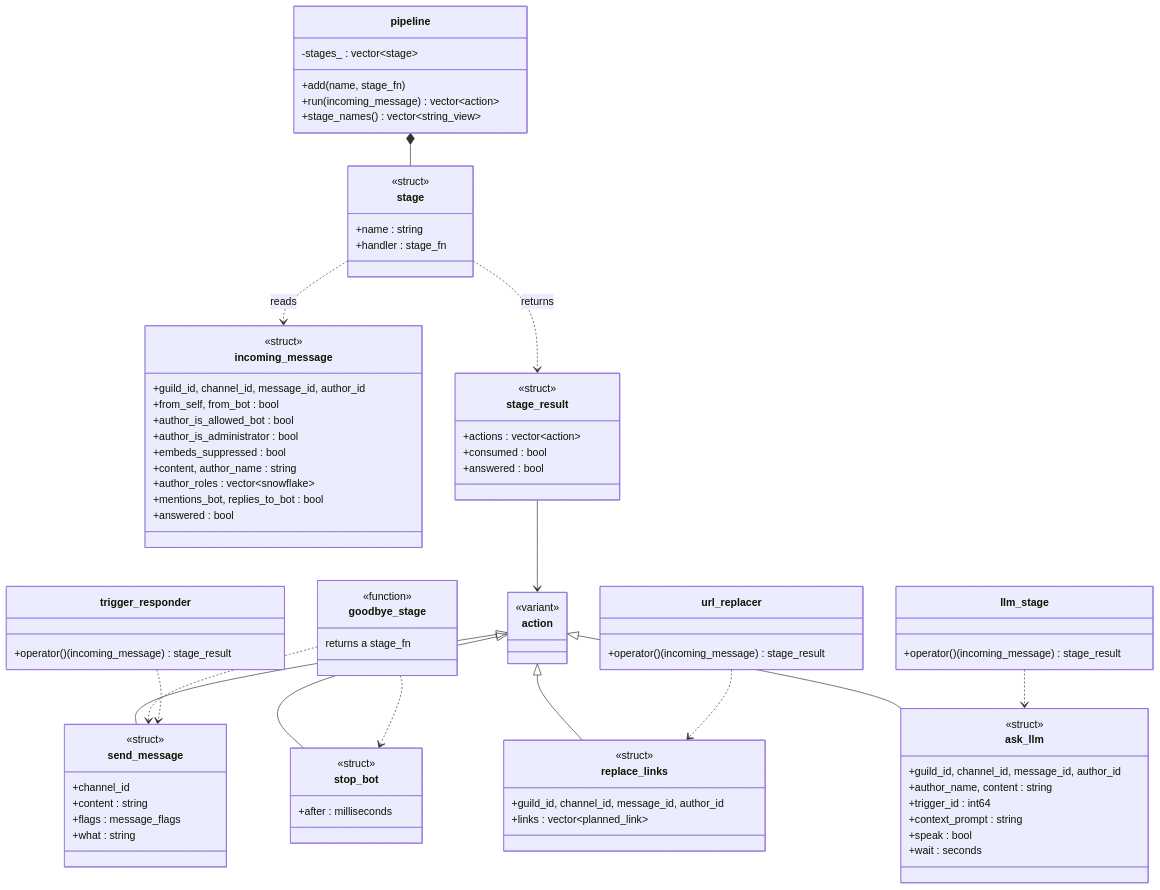
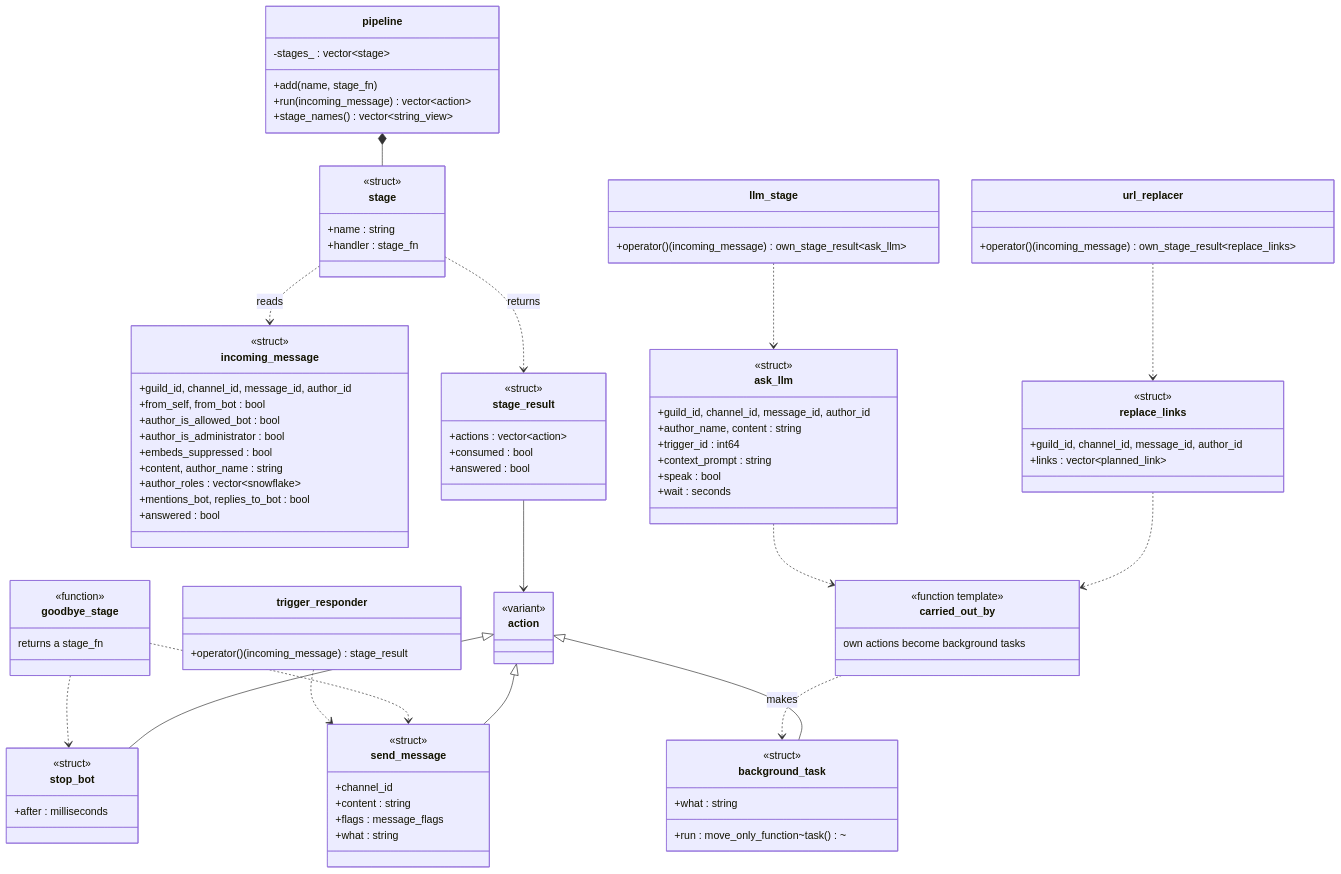
Before and after one commit to mhorn00/LatiBot-cpp: the sixth of 13 diagrams in docs/architecture/Classes.md, drawn with Mermaid. The commit also changed other lines of this file and 19 other files, not shown here.

````diff
--- a/docs/architecture/Classes.md
+++ b/docs/architecture/Classes.md
@@ -570,6 +570,11 @@
         <<struct>>
         +after : milliseconds
     }
+    class background_task {
+        <<struct>>
+        +what : string
+        +run : move_only_function~task()~
+    }
     class replace_links {
         <<struct>>
         +guild_id, channel_id, message_id, author_id
@@ -590,13 +595,17 @@
         returns a stage_fn
     }
     class url_replacer {
-        +operator()(incoming_message) stage_result
+        +operator()(incoming_message) own_stage_result~replace_links~
     }
     class trigger_responder {
         +operator()(incoming_message) stage_result
     }
     class llm_stage {
-        +operator()(incoming_message) stage_result
+        +operator()(incoming_message) own_stage_result~ask_llm~
+    }
+    class carried_out_by {
+        <<function template>>
+        own actions become background tasks
     }
 
     pipeline *-- stage
@@ -605,11 +614,13 @@
     stage_result --> action
     action <|-- send_message
     action <|-- stop_bot
-    action <|-- replace_links
-    action <|-- ask_llm
+    action <|-- background_task
     goodbye_stage ..> send_message
     goodbye_stage ..> stop_bot
     url_replacer ..> replace_links
     trigger_responder ..> send_message
     llm_stage ..> ask_llm
+    carried_out_by ..> background_task : makes
+    replace_links ..> carried_out_by
+    ask_llm ..> carried_out_by
 ```
````
